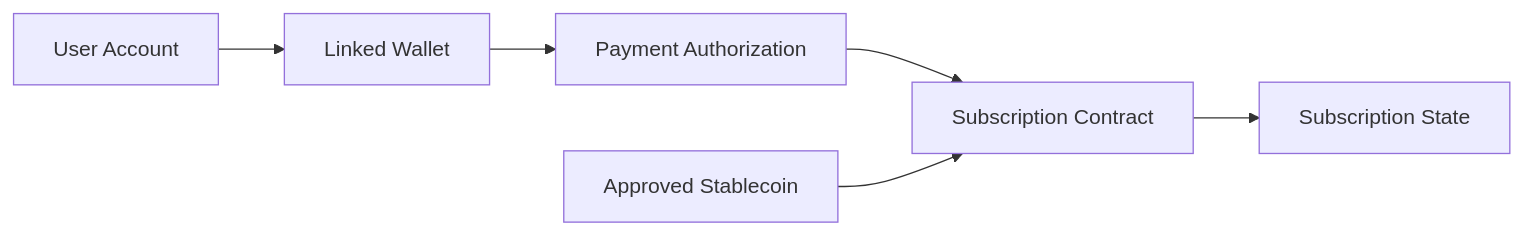
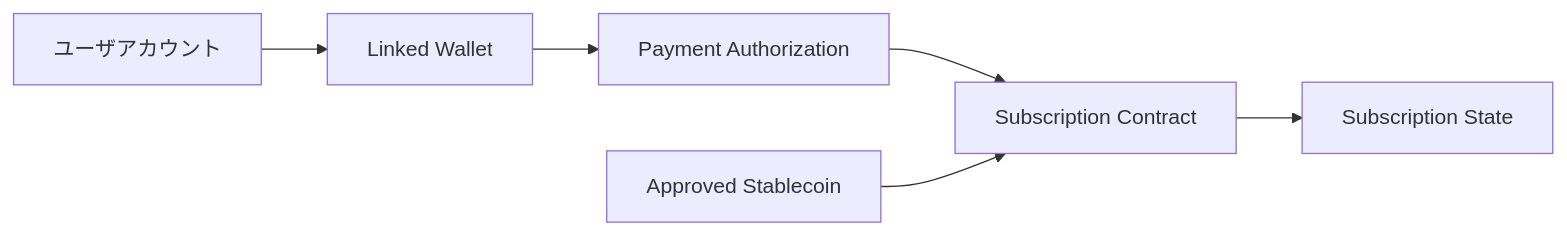
Before and after one commit to ShigeichiroYamasaki/creator-first-platform: the second of 4 diagrams in docs/adr/ADR-0008-account-wallet-identity-strategy.md, drawn with Mermaid. The commit also changed other lines of this file and 67 other files, not shown here.

````diff
--- a/docs/adr/ADR-0008-account-wallet-identity-strategy.md
+++ b/docs/adr/ADR-0008-account-wallet-identity-strategy.md
@@ -431,13 +431,13 @@
 ```mermaid
 flowchart LR
-    USER[User Account]
+    USER[ユーザアカウント]
     WALLET[Linked Wallet]
     AUTH[Payment Authorization]
     CONTRACT[Subscription Contract]
     ASSET[Approved Stablecoin]
     STATE[Subscription State]
 
     USER --> WALLET --> AUTH --> CONTRACT
     ASSET --> CONTRACT
     CONTRACT --> STATE
 ```
````
